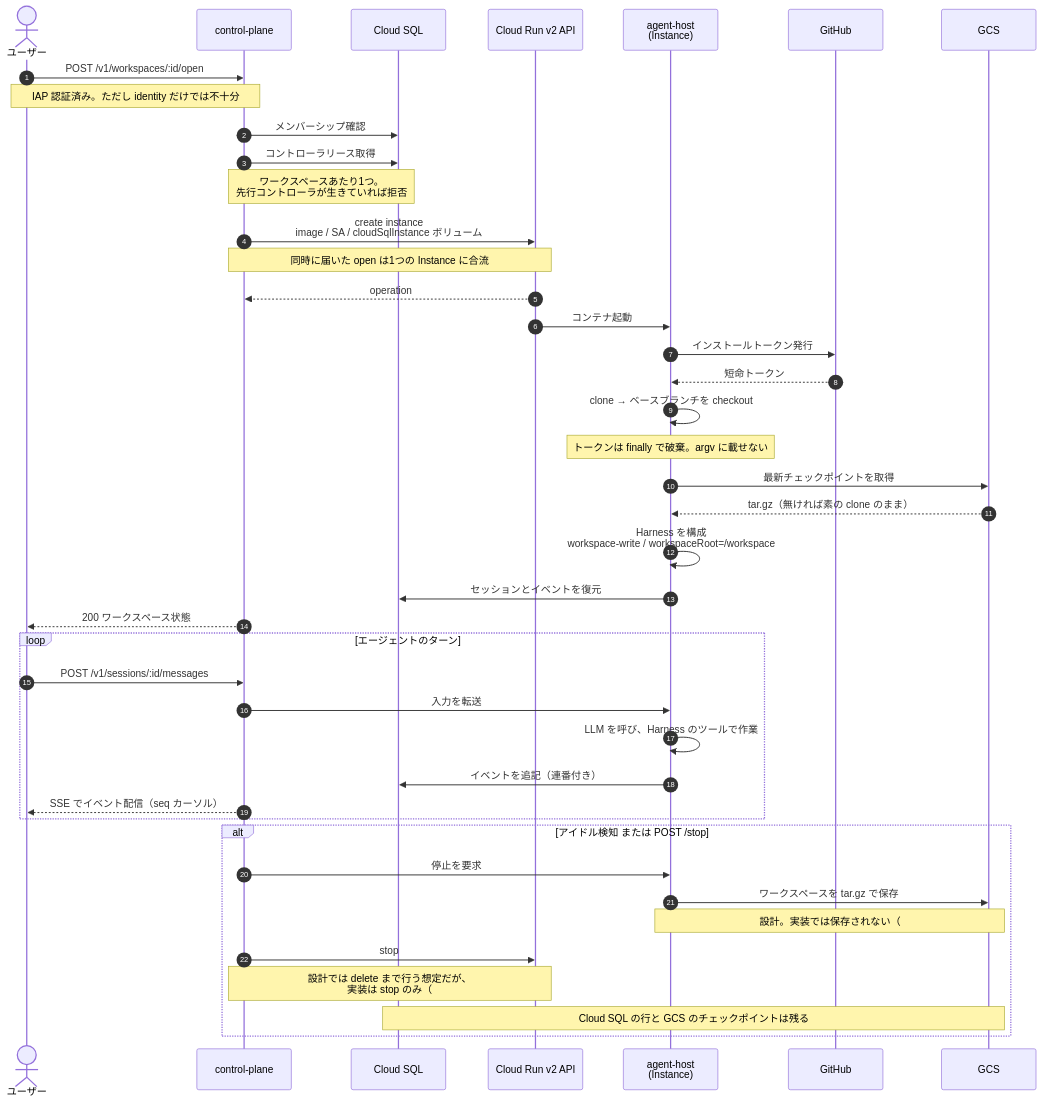
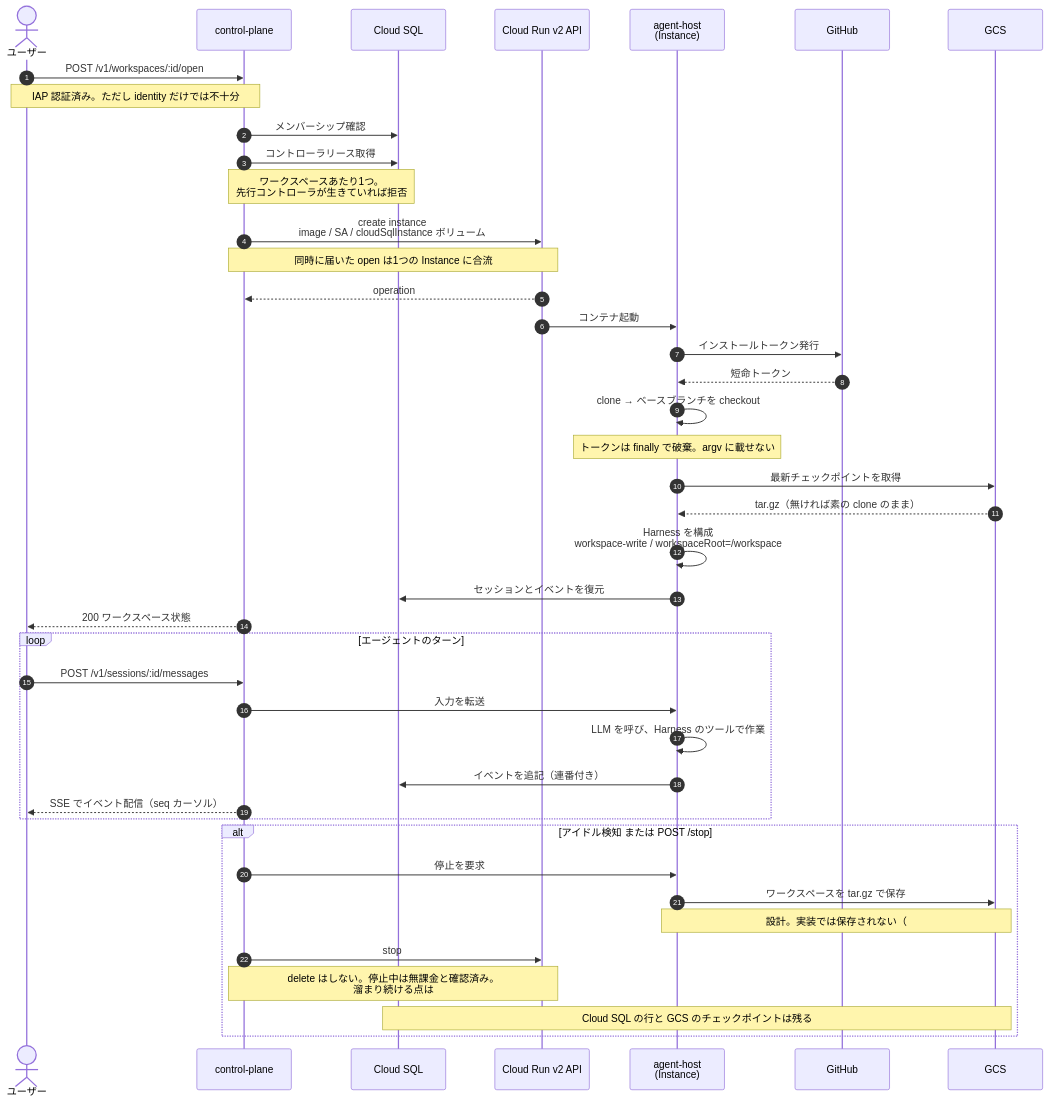
One commit to mpppk/cloud-run-dsh changed the second of 2 diagrams in docs/architecture.md. Above: the diagram before and after it, drawn with Mermaid. The commit also changed other lines of this file and 1 other file, not shown here.

First line of the commit message:
docs: stop 後に Instance を残す方針を確定し、実 SKU 価格を記録

````diff
--- a/docs/architecture.md
+++ b/docs/architecture.md
@@ -100,49 +99,49 @@
 ```mermaid
 sequenceDiagram
   autonumber
   actor U as ユーザー
   participant CP as control-plane
   participant DB as Cloud SQL
   participant RUN as Cloud Run v2 API
   participant AH as agent-host<br/>(Instance)
   participant GH as GitHub
   participant GCS as GCS
 
   U->>CP: POST /v1/workspaces/:id/open
   Note over U,CP: IAP 認証済み。ただし identity だけでは不十分
   CP->>DB: メンバーシップ確認
   CP->>DB: コントローラリース取得
   Note over CP,DB: ワークスペースあたり1つ。<br/>先行コントローラが生きていれば拒否
 
   CP->>RUN: create instance<br/>image / SA / cloudSqlInstance ボリューム
   Note over CP,RUN: 同時に届いた open は1つの Instance に合流
   RUN-->>CP: operation
   RUN->>AH: コンテナ起動
 
   AH->>GH: インストールトークン発行
   GH-->>AH: 短命トークン
   AH->>AH: clone → ベースブランチを checkout
   Note over AH: トークンは finally で破棄。argv に載せない
   AH->>GCS: 最新チェックポイントを取得
   GCS-->>AH: tar.gz（無ければ素の clone のまま）
   AH->>AH: Harness を構成<br/>workspace-write / workspaceRoot=/workspace
   AH->>DB: セッションとイベントを復元
   CP-->>U: 200 ワークスペース状態
 
   loop エージェントのターン
     U->>CP: POST /v1/sessions/:id/messages
     CP->>AH: 入力を転送
     AH->>AH: LLM を呼び、Harness のツールで作業
     AH->>DB: イベントを追記（連番付き）
     CP-->>U: SSE でイベント配信（seq カーソル）
   end
 
   alt アイドル検知 または POST /stop
     CP->>AH: 停止を要求
     AH->>GCS: ワークスペースを tar.gz で保存
     Note over AH,GCS: 設計。実装では保存されない（#72）
     CP->>RUN: stop
-    Note over CP,RUN: 設計では delete まで行う想定だが、<br/>実装は stop のみ（#72）
+    Note over CP,RUN: delete はしない。停止中は無課金と確認済み。<br/>溜まり続ける点は #85
     Note over DB,GCS: Cloud SQL の行と GCS のチェックポイントは残る
   end
 ```
````
